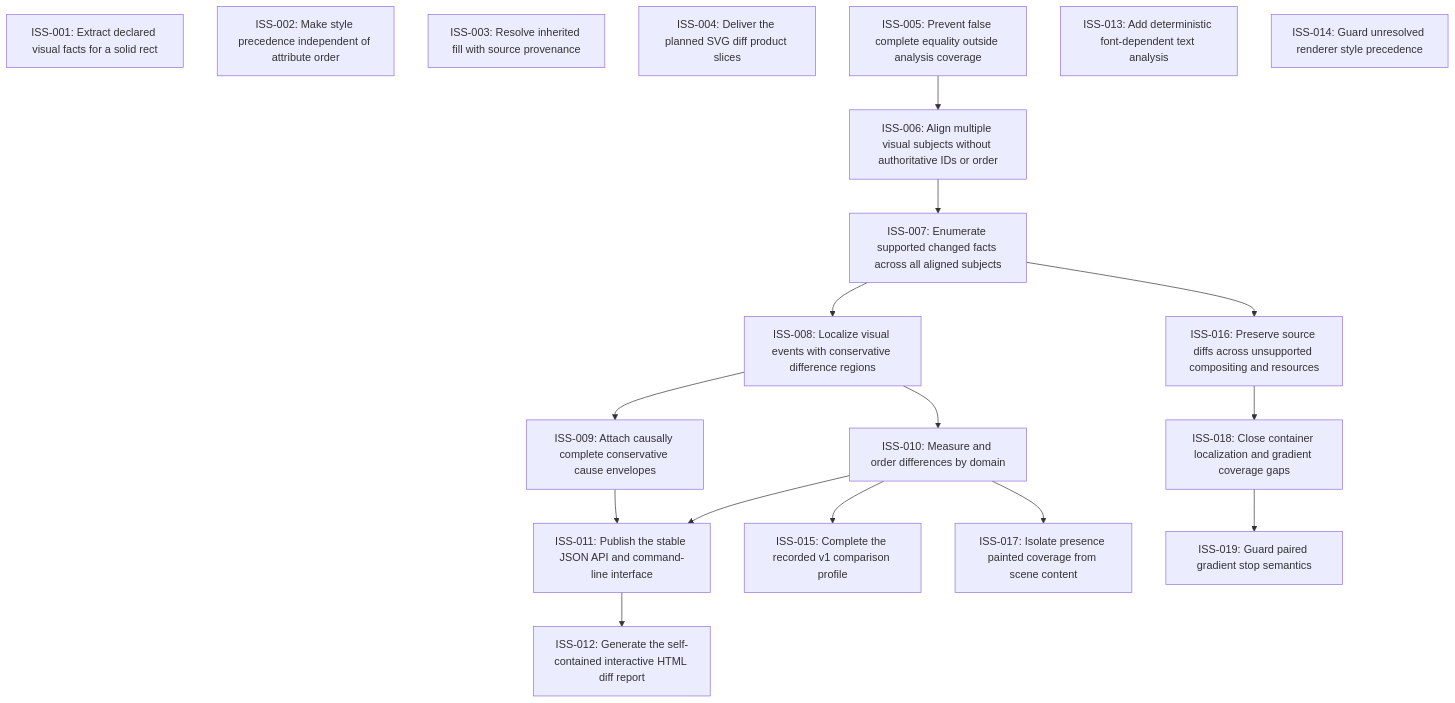
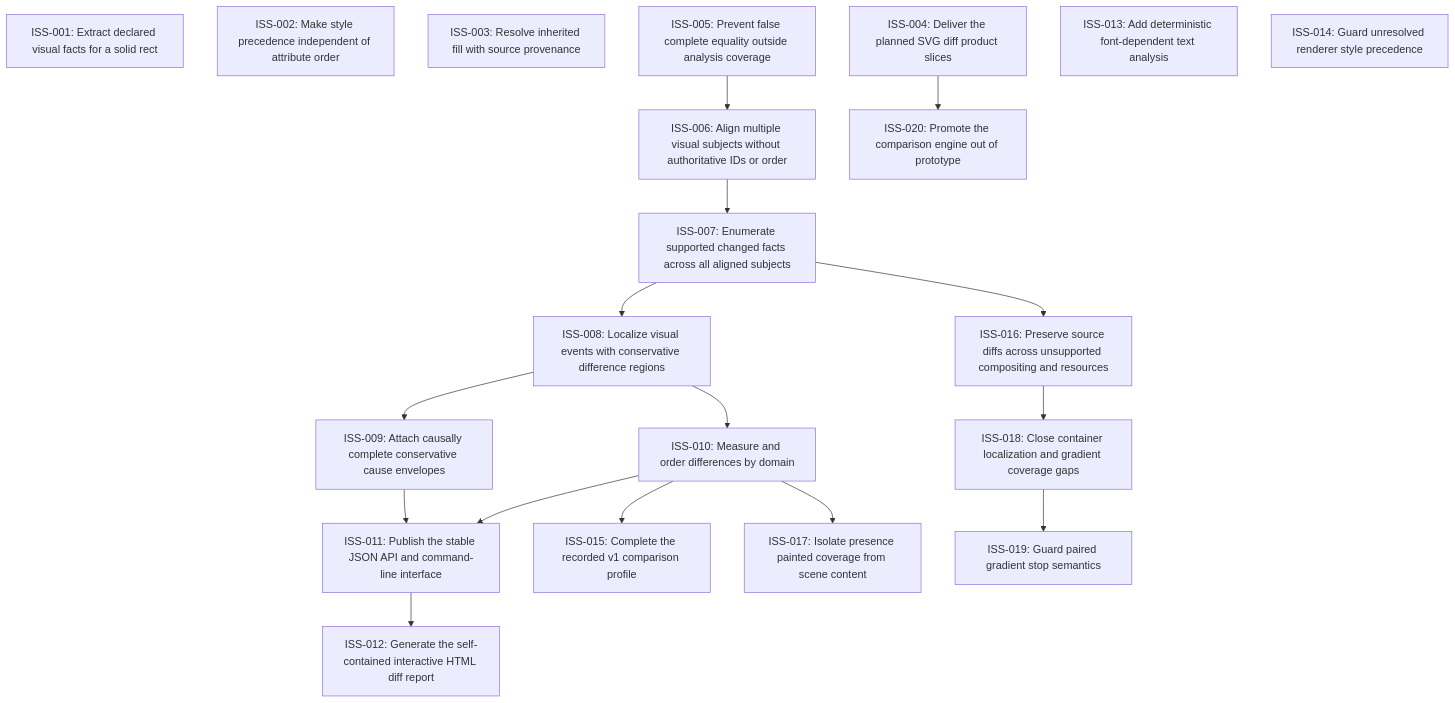
One commit to moonbit-community/svgdiff changed the diagram in issues/README.md. Above: the diagram before and after it, drawn with Mermaid. The commit also changed 33 other files, not shown here.

Commit message:
Promote SVG diff engine out of prototype

````diff
--- a/issues/README.md
+++ b/issues/README.md
@@ -18,35 +18,37 @@
 ```mermaid
 graph TD
   ISS_001["ISS-001: Extract declared visual facts for a solid rect"]
   ISS_002["ISS-002: Make style precedence independent of attribute order"]
   ISS_003["ISS-003: Resolve inherited fill with source provenance"]
   ISS_004["ISS-004: Deliver the planned SVG diff product slices"]
   ISS_005["ISS-005: Prevent false complete equality outside analysis coverage"]
   ISS_006["ISS-006: Align multiple visual subjects without authoritative IDs or order"]
   ISS_007["ISS-007: Enumerate supported changed facts across all aligned subjects"]
   ISS_008["ISS-008: Localize visual events with conservative difference regions"]
   ISS_009["ISS-009: Attach causally complete conservative cause envelopes"]
   ISS_010["ISS-010: Measure and order differences by domain"]
   ISS_011["ISS-011: Publish the stable JSON API and command-line interface"]
   ISS_012["ISS-012: Generate the self-contained interactive HTML diff report"]
   ISS_013["ISS-013: Add deterministic font-dependent text analysis"]
   ISS_014["ISS-014: Guard unresolved renderer style precedence"]
   ISS_015["ISS-015: Complete the recorded v1 comparison profile"]
   ISS_016["ISS-016: Preserve source diffs across unsupported compositing and resources"]
   ISS_017["ISS-017: Isolate presence painted coverage from scene content"]
   ISS_018["ISS-018: Close container localization and gradient coverage gaps"]
   ISS_019["ISS-019: Guard paired gradient stop semantics"]
+  ISS_020["ISS-020: Promote the comparison engine out of prototype"]
   ISS_005 --> ISS_006
   ISS_006 --> ISS_007
   ISS_007 --> ISS_008
   ISS_008 --> ISS_009
   ISS_008 --> ISS_010
   ISS_009 --> ISS_011
   ISS_010 --> ISS_011
   ISS_011 --> ISS_012
   ISS_010 --> ISS_015
   ISS_007 --> ISS_016
   ISS_010 --> ISS_017
   ISS_016 --> ISS_018
   ISS_018 --> ISS_019
+  ISS_004 --> ISS_020
 ```
````
